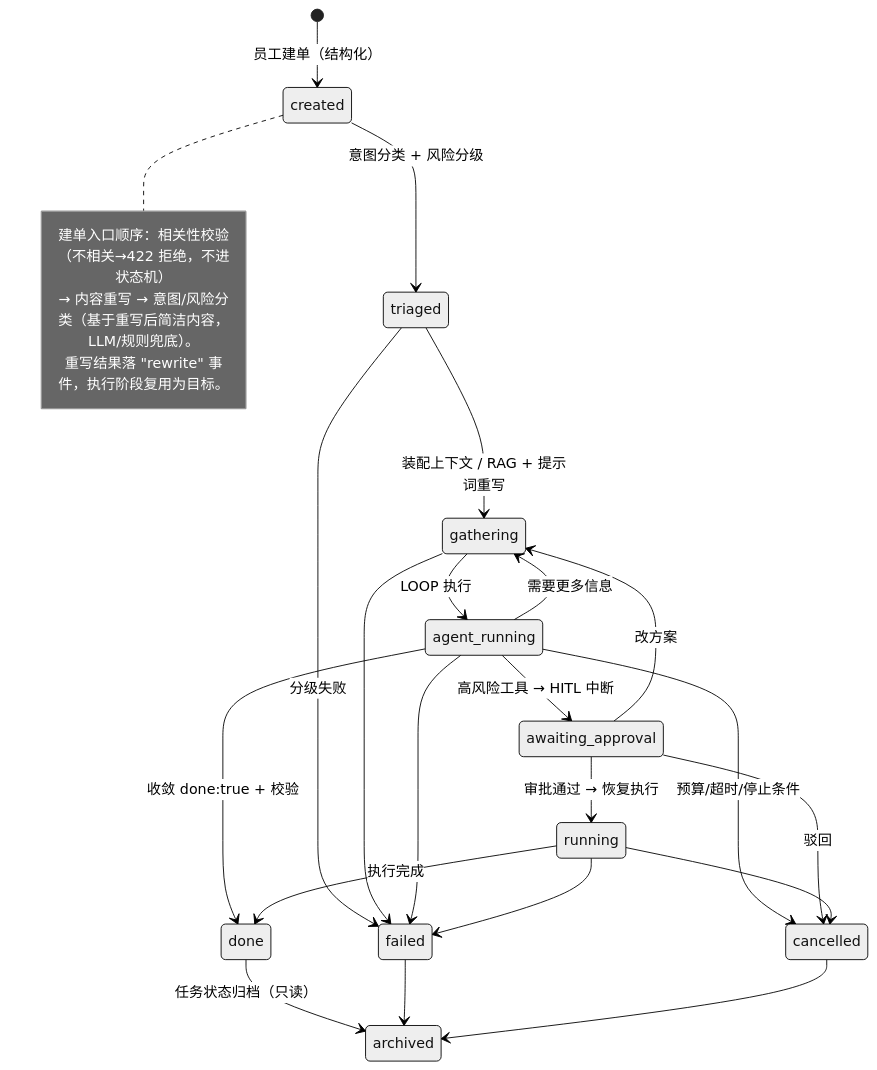
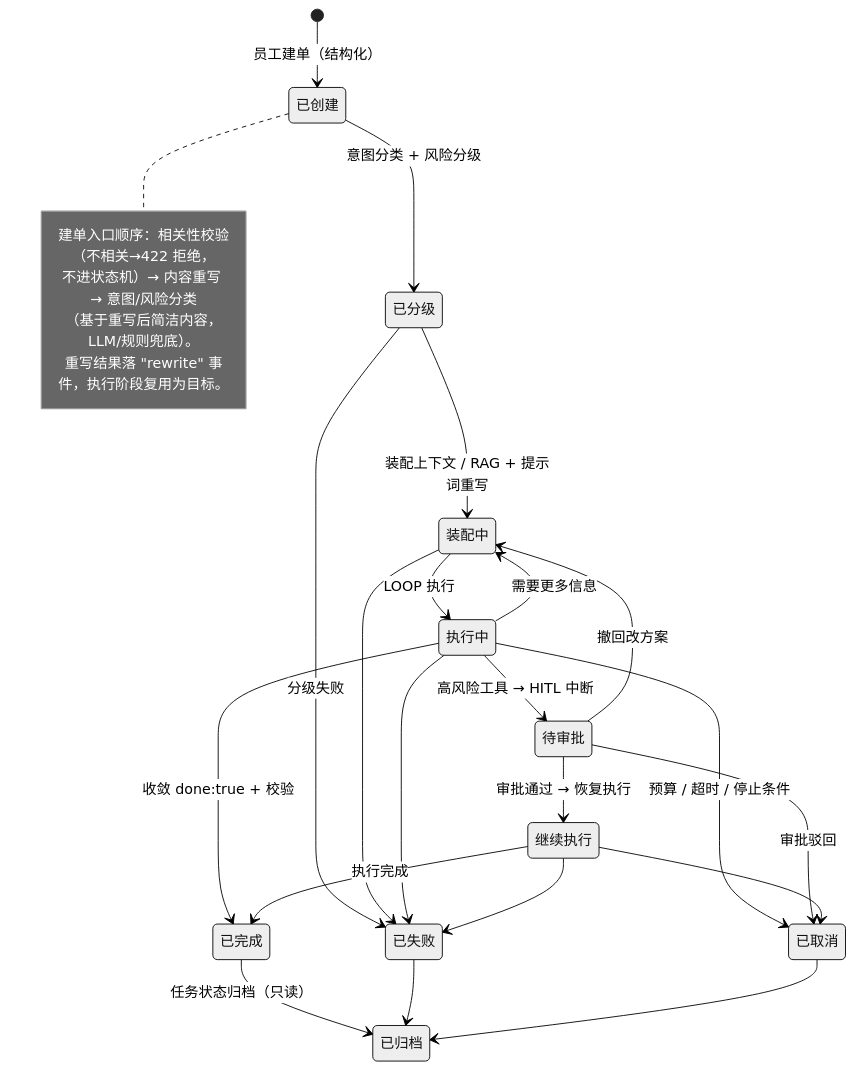
The second of 3 diagrams in README.md (XiaoguaiXiaowai/Enterprise-Grade-Hybrid-Agent-Workflow_01), drawn with Mermaid (neutral theme) before and after one commit. The commit also changed other lines of this file, not shown here.

Commit message:
docs(readme): 更新README中的状态图与项目思维导图
补充状态图的状态定义与流程注释，修正部分流程描述细节，将思维导图重构为8大工程能力分类并优化排版，新增预算管理模块

````diff
--- a/README.md
+++ b/README.md
@@ -115,28 +115,48 @@
 ```mermaid
 stateDiagram-v2
+    direction TB
+
+    state "已创建" as created
+    state "已分级" as triaged
+    state "装配中" as gathering
+    state "执行中" as agent_running
+    state "待审批" as awaiting_approval
+    state "继续执行" as running
+    state "已完成" as done
+    state "已失败" as failed
+    state "已取消" as cancelled
+    state "已归档" as archived
+
     [*] --> created : 员工建单（结构化）
     note right of created
-        建单入口顺序：相关性校验（不相关→422 拒绝，不进状态机）
-        → 内容重写 → 意图/风险分类（基于重写后简洁内容，LLM/规则兜底）。
+        建单入口顺序：相关性校验（不相关→422 拒绝，
+        不进状态机）→ 内容重写 → 意图/风险分类
+        （基于重写后简洁内容，LLM/规则兜底）。
         重写结果落 "rewrite" 事件，执行阶段复用为目标。
     end note
+
     created --> triaged : 意图分类 + 风险分级
     triaged --> gathering : 装配上下文 / RAG + 提示词重写
     triaged --> failed : 分级失败
+
     gathering --> agent_running : LOOP 执行
     gathering --> failed
+
     agent_running --> gathering : 需要更多信息
     agent_running --> awaiting_approval : 高风险工具 → HITL 中断
     agent_running --> done : 收敛 done:true + 校验
     agent_running --> failed
-    agent_running --> cancelled : 预算/超时/停止条件
+    agent_running --> cancelled : 预算 / 超时 / 停止条件
+
     awaiting_approval --> running : 审批通过 → 恢复执行
-    awaiting_approval --> cancelled : 驳回
-    awaiting_approval --> gathering : 改方案
+    awaiting_approval --> gathering : 撤回改方案
+    awaiting_approval --> cancelled : 审批驳回
+
     running --> done : 执行完成
     running --> failed
     running --> cancelled
+
     done --> archived : 任务状态归档（只读）
     failed --> archived
     cancelled --> archived
 ```
````
